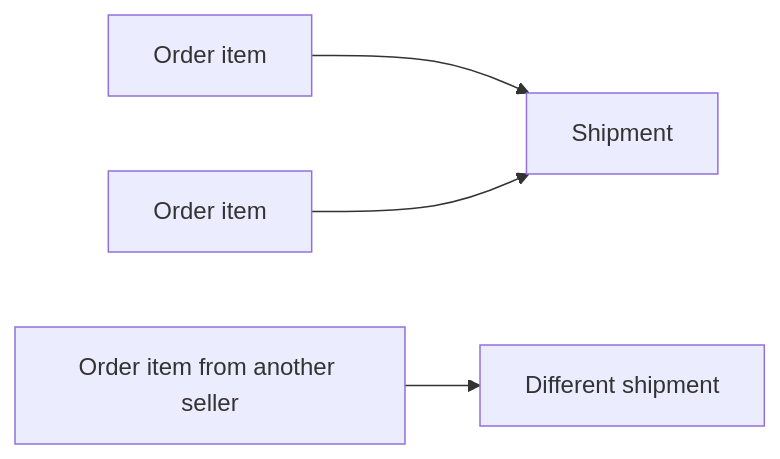
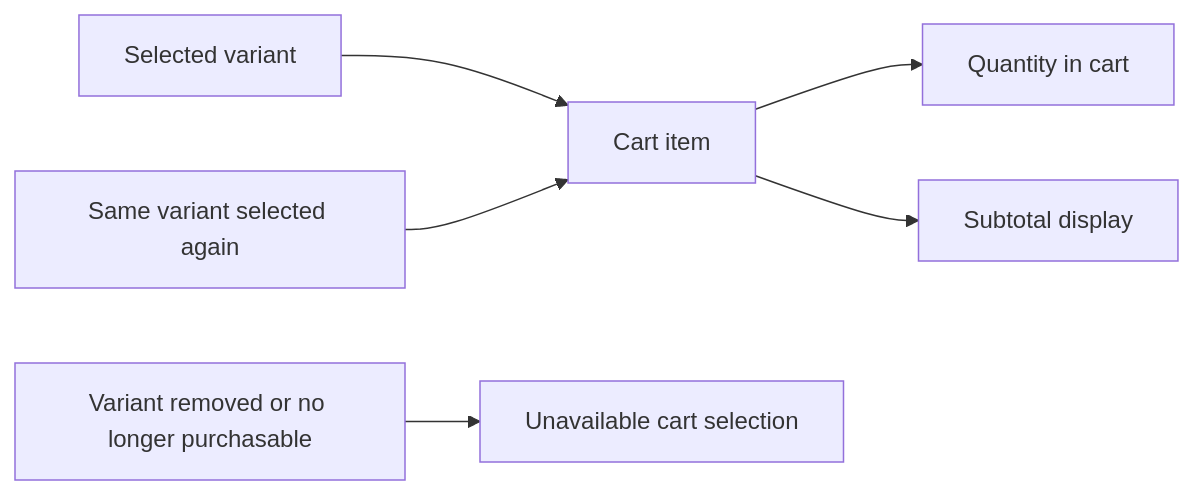
Before and after one commit to wrtnlabs/autobe-examples: diagram 12 of 32 in openai/gpt-5.4-mini/shopping/docs/analysis/02-domain-model.md, drawn with Mermaid. The commit also changed other lines of this file and 9017 other files, not shown here.

````diff
--- a/openai/gpt-5.4-mini/shopping/docs/analysis/02-domain-model.md
+++ b/openai/gpt-5.4-mini/shopping/docs/analysis/02-domain-model.md
@@ -567,6 +460,8 @@
 ```mermaid
 flowchart LR
-    A["Order item"] --> B["Shipment"]
-    C["Order item"] --> B
-    D["Order item from another seller"] --> E["Different shipment"]
+    A["Selected variant"] --> B["Cart item"]
+    B --> C["Quantity in cart"]
+    B --> D["Subtotal display"]
+    E["Same variant selected again"] --> B
+    F["Variant removed or no longer purchasable"] --> G["Unavailable cart selection"]
 ```
````
